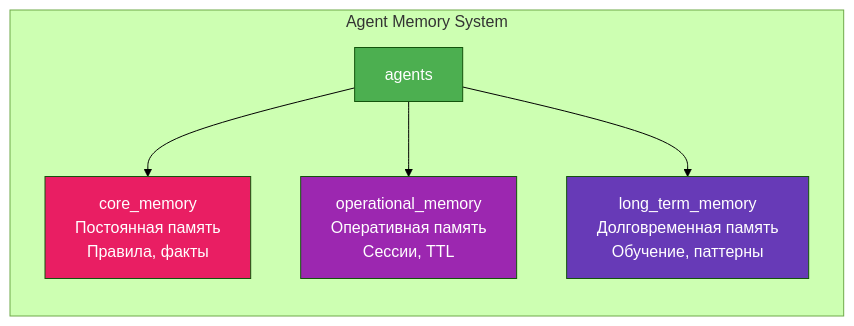
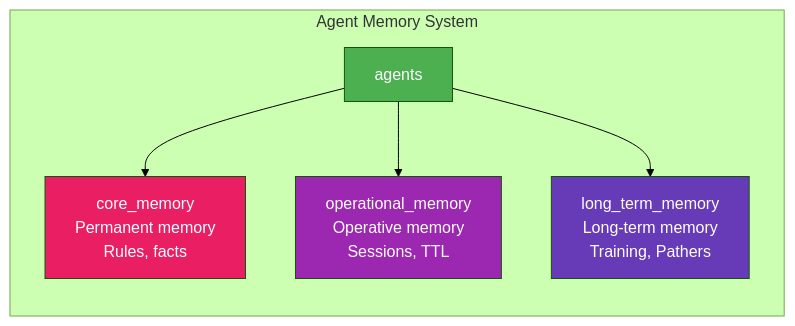
Before and after one commit to Maxi-online/hr-intelligence-platform: the third of 11 diagrams in components/office_services/central_database/DATABASE_DIAGRAM.md, drawn with Mermaid (forest theme). The commit also changed other lines of this file and 90 other files, not shown here.

````diff
--- a/components/office_services/central_database/DATABASE_DIAGRAM.md
+++ b/components/office_services/central_database/DATABASE_DIAGRAM.md
@@ -367,18 +367,18 @@
 ```mermaid
 graph LR
     subgraph "Agent Memory System"
         A[agents]
-        CM[core_memory<br/>Постоянная память<br/>Правила, факты]
-        OM[operational_memory<br/>Оперативная память<br/>Сессии, TTL]
-        LTM[long_term_memory<br/>Долговременная память<br/>Обучение, паттерны]
+        CM[core_memory<br/>Permanent memory<br/>Rules, facts]
+        OM[operational_memory<br/>Operative memory<br/>Sessions, TTL]
+        LTM[long_term_memory<br/>Long-term memory<br/>Training, Pathers]
         
         A --> CM
         A --> OM
         A --> LTM
     end
     
     style A fill:#4CAF50,color:#fff
     style CM fill:#E91E63,color:#fff
     style OM fill:#9C27B0,color:#fff
     style LTM fill:#673AB7,color:#fff
 ```
````
